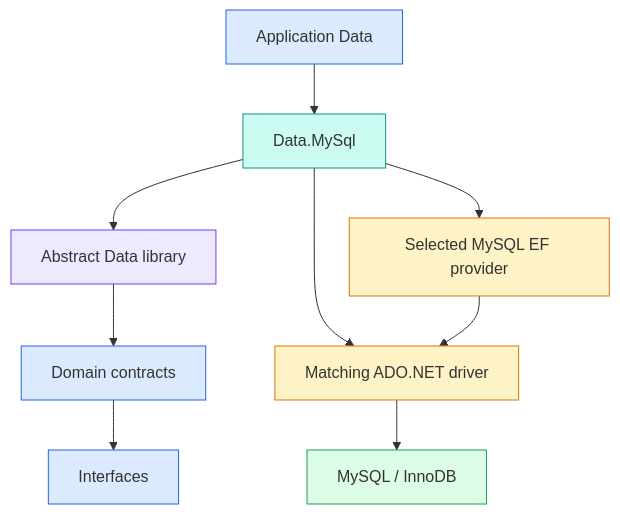
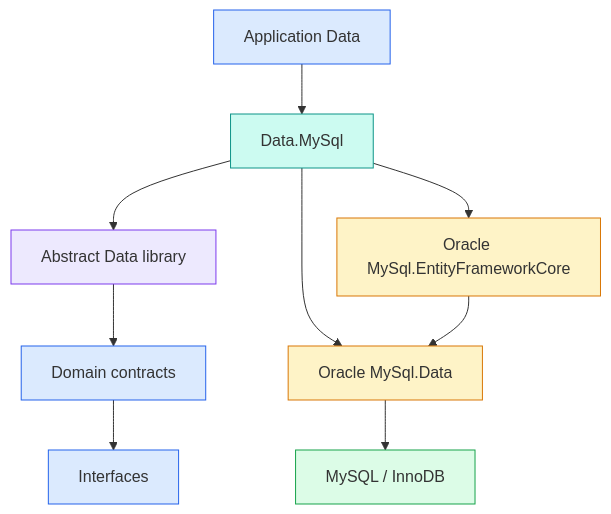
The diagram in docs/rfc/2026-11-13-mysql-data-provider.md (MiracleDevs/Paradigm.Enterprise), drawn with Mermaid before and after one commit. The commit also changed other lines of this file, not shown here.

````diff
--- a/docs/rfc/2026-11-13-mysql-data-provider.md
+++ b/docs/rfc/2026-11-13-mysql-data-provider.md
@@ -51,19 +51,19 @@
 ```mermaid
 flowchart TD
     App[Application Data] --> MySql[Data.MySql]
     MySql --> Core[Abstract Data library]
-    MySql --> EF[Selected MySQL EF provider]
-    MySql --> Driver[Matching ADO.NET driver]
+    MySql --> EF[Oracle MySql.EntityFrameworkCore]
+    MySql --> Driver[Oracle MySql.Data]
     EF --> Driver
     Core --> Domain[Domain contracts]
     Domain --> Interfaces[Interfaces]
     Driver --> Database[MySQL / InnoDB]
     style App fill:#dbeafe,stroke:#2563eb
     style MySql fill:#ccfbf1,stroke:#0d9488
     style Core fill:#ede9fe,stroke:#7c3aed
     style EF fill:#fef3c7,stroke:#d97706
     style Driver fill:#fef3c7,stroke:#d97706
     style Domain fill:#dbeafe,stroke:#2563eb
     style Interfaces fill:#dbeafe,stroke:#2563eb
     style Database fill:#dcfce7,stroke:#16a34a
 ```
````
